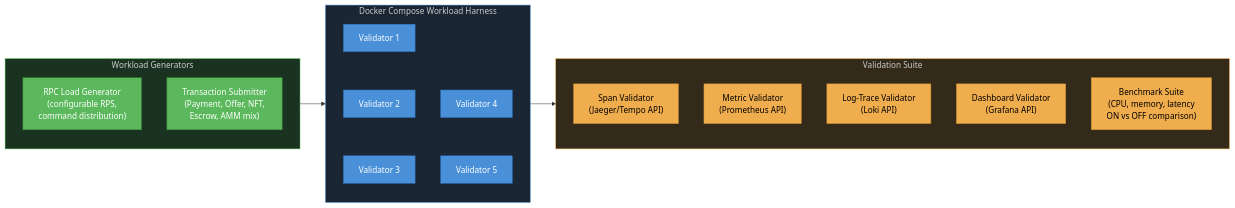
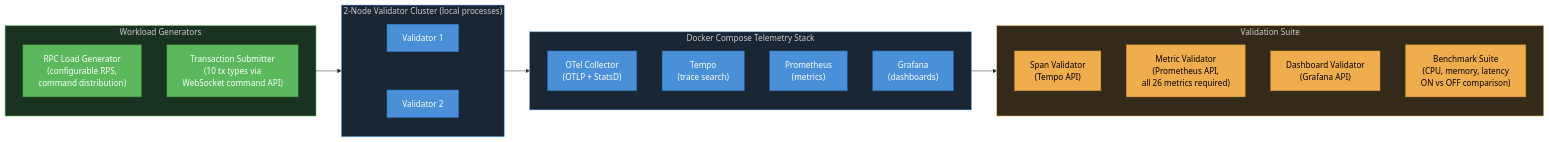
One commit to XRPLF/rippled changed the seventh of 12 diagrams in OpenTelemetryPlan/06-implementation-phases.md. Above: the diagram before and after it, drawn with Mermaid. The commit also changed other lines of this file and 34 other files, not shown here.

First line of the commit message:
refactor(telemetry): relocate metric-gap-fill edits from workload branch

````diff
--- a/OpenTelemetryPlan/06-implementation-phases.md
+++ b/OpenTelemetryPlan/06-implementation-phases.md
@@ -797,40 +979,48 @@
 ```mermaid
 flowchart LR
-    subgraph harness["Docker Compose Workload Harness"]
+    subgraph harness["2-Node Validator Cluster (local processes)"]
         direction TB
-        V1["Validator 1"] ~~~ V2["Validator 2"] ~~~ V3["Validator 3"]
-        V4["Validator 4"] ~~~ V5["Validator 5"]
+        V1["Validator 1"] ~~~ V2["Validator 2"]
+    end
+
+    subgraph telemetry["Docker Compose Telemetry Stack"]
+        direction TB
+        COL["OTel Collector<br/>(OTLP + StatsD)"]
+        JAE["Tempo<br/>(trace search)"]
+        PROM["Prometheus<br/>(metrics)"]
+        GRAF["Grafana<br/>(dashboards)"]
     end
 
     subgraph generators["Workload Generators"]
         RPC["RPC Load Generator<br/>(configurable RPS,<br/>command distribution)"]
-        TX["Transaction Submitter<br/>(Payment, Offer, NFT,<br/>Escrow, AMM mix)"]
+        TX["Transaction Submitter<br/>(10 tx types via<br/>WebSocket command API)"]
     end
 
     subgraph validation["Validation Suite"]
-        SV["Span Validator<br/>(Jaeger/Tempo API)"]
-        MV["Metric Validator<br/>(Prometheus API)"]
-        LV["Log-Trace Validator<br/>(Loki API)"]
+        SV["Span Validator<br/>(Tempo API)"]
+        MV["Metric Validator<br/>(Prometheus API,<br/>all 26 metrics required)"]
         DV["Dashboard Validator<br/>(Grafana API)"]
         BM["Benchmark Suite<br/>(CPU, memory, latency<br/>ON vs OFF comparison)"]
     end
 
     generators --> harness
-    harness --> validation
+    harness --> telemetry
+    telemetry --> validation
 
     style harness fill:#1a2633,color:#ccc,stroke:#4a90d9
+    style telemetry fill:#1a2633,color:#ccc,stroke:#4a90d9
     style generators fill:#1a3320,color:#ccc,stroke:#5cb85c
     style validation fill:#332a1a,color:#ccc,stroke:#f0ad4e
     style V1 fill:#4a90d9,color:#fff,stroke:#2a6db5
     style V2 fill:#4a90d9,color:#fff,stroke:#2a6db5
-    style V3 fill:#4a90d9,color:#fff,stroke:#2a6db5
-    style V4 fill:#4a90d9,color:#fff,stroke:#2a6db5
-    style V5 fill:#4a90d9,color:#fff,stroke:#2a6db5
+    style COL fill:#4a90d9,color:#fff,stroke:#2a6db5
+    style JAE fill:#4a90d9,color:#fff,stroke:#2a6db5
+    style PROM fill:#4a90d9,color:#fff,stroke:#2a6db5
+    style GRAF fill:#4a90d9,color:#fff,stroke:#2a6db5
     style RPC fill:#5cb85c,color:#fff,stroke:#3d8b3d
     style TX fill:#5cb85c,color:#fff,stroke:#3d8b3d
     style SV fill:#f0ad4e,color:#000,stroke:#c78c2e
     style MV fill:#f0ad4e,color:#000,stroke:#c78c2e
-    style LV fill:#f0ad4e,color:#000,stroke:#c78c2e
     style DV fill:#f0ad4e,color:#000,stroke:#c78c2e
     style BM fill:#f0ad4e,color:#000,stroke:#c78c2e
 ```
````
